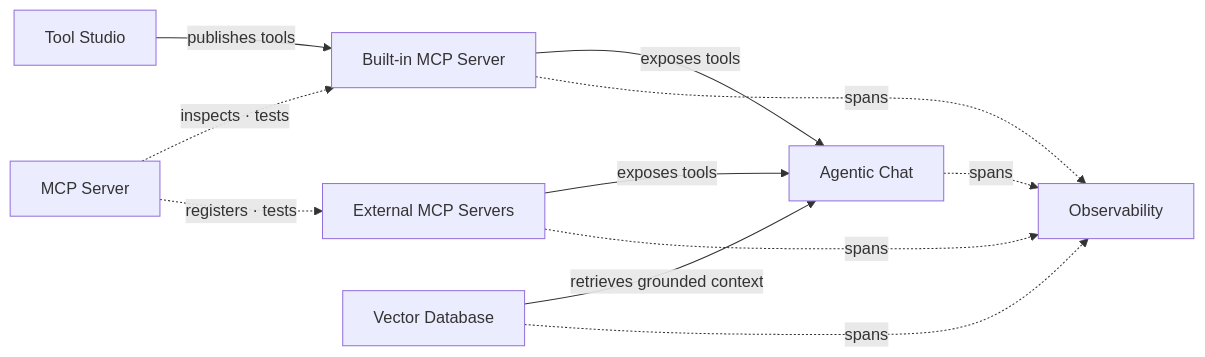
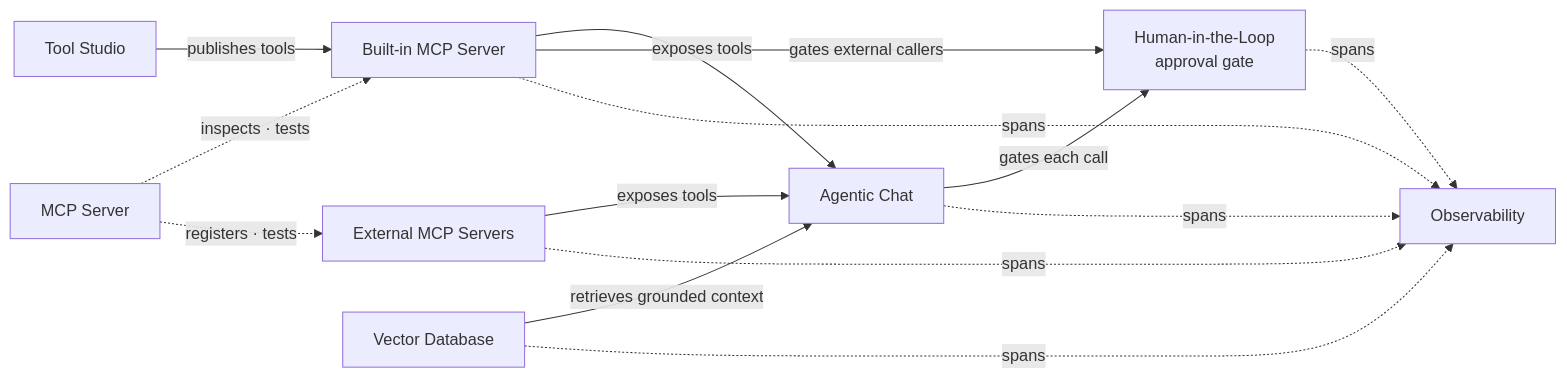
One commit to spring-ai-community/spring-ai-playground changed the second of 9 diagrams in docs/architecture.md. Above: the diagram before and after it, drawn with Mermaid. The commit also changed other lines of this file and 55 other files, not shown here.

Commit message:
docs: add human-in-the-loop pages, refresh architecture and catalog docs, document setup-time preset and exposure drawer

````diff
--- a/docs/architecture.md
+++ b/docs/architecture.md
@@ -103,21 +129,25 @@
 ```mermaid
 flowchart LR
     TS[Tool Studio]
     MCPV[MCP Server]
     BUILTIN[Built-in MCP Server]
     EXT[External MCP Servers]
     VDB[Vector Database]
     CHAT[Agentic Chat]
+    HITL[Human-in-the-Loop<br/>approval gate]
     OBS[Observability]
 
     TS -- "publishes tools" --> BUILTIN
     MCPV -. "inspects · tests" .-> BUILTIN
     MCPV -. "registers · tests" .-> EXT
     BUILTIN -- "exposes tools" --> CHAT
     EXT -- "exposes tools" --> CHAT
     VDB -- "retrieves grounded context" --> CHAT
+    CHAT -- "gates each call" --> HITL
+    BUILTIN -- "gates external callers" --> HITL
     CHAT -. "spans" .-> OBS
     BUILTIN -. "spans" .-> OBS
     EXT -. "spans" .-> OBS
     VDB -. "spans" .-> OBS
+    HITL -. "spans" .-> OBS
 ```
````
